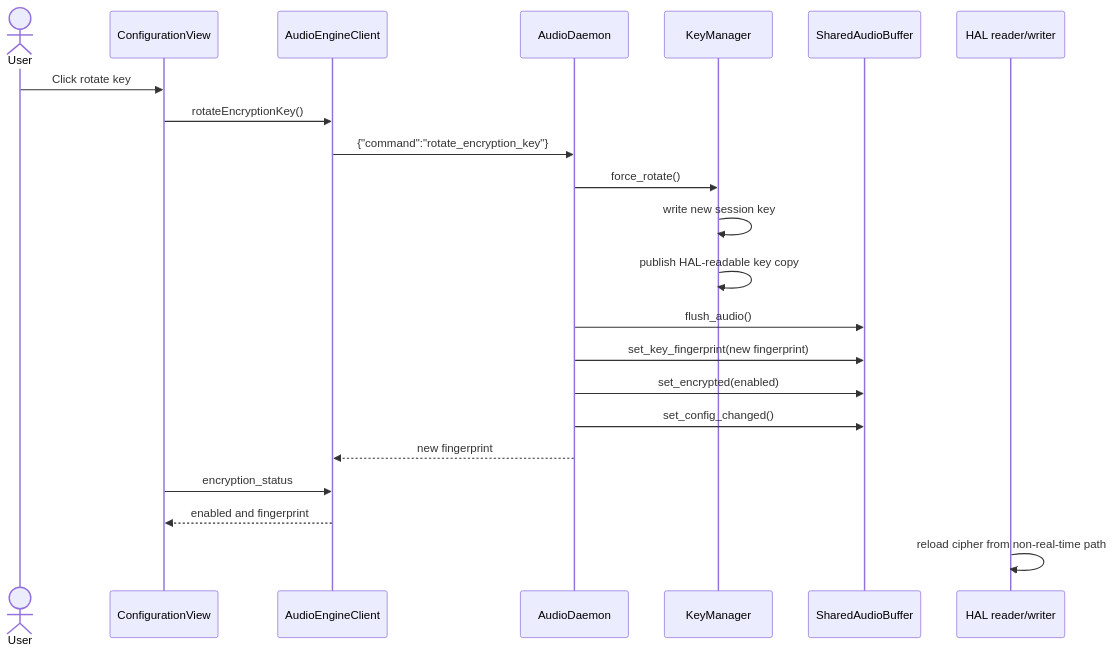
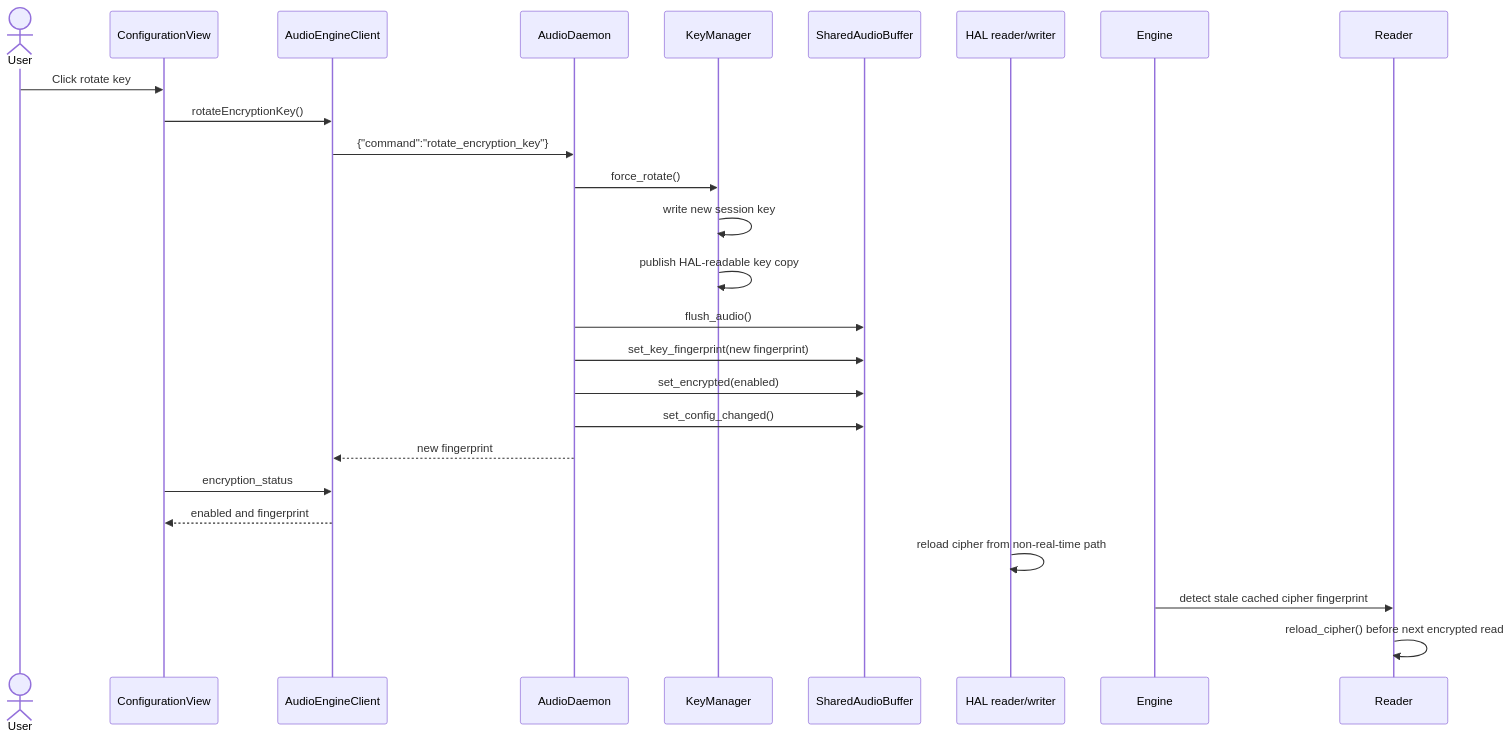
Before and after one commit to pierreaubert/sotf: the eighth of 13 diagrams in crates/systemwide/ARCHITECTURE.md, drawn with Mermaid. The commit also changed other lines of this file, not shown here.

Commit message:
Keep systemwide architecture doc current

````diff
--- a/crates/systemwide/ARCHITECTURE.md
+++ b/crates/systemwide/ARCHITECTURE.md
@@ -410,25 +440,27 @@
 ```mermaid
 sequenceDiagram
     actor User
     participant View as ConfigurationView
     participant Client as AudioEngineClient
     participant Daemon as AudioDaemon
     participant Key as KeyManager
     participant Shm as SharedAudioBuffer
     participant HAL as HAL reader/writer
 
     User->>View: Click rotate key
     View->>Client: rotateEncryptionKey()
     Client->>Daemon: {"command":"rotate_encryption_key"}
     Daemon->>Key: force_rotate()
     Key->>Key: write new session key
     Key->>Key: publish HAL-readable key copy
     Daemon->>Shm: flush_audio()
     Daemon->>Shm: set_key_fingerprint(new fingerprint)
     Daemon->>Shm: set_encrypted(enabled)
     Daemon->>Shm: set_config_changed()
     Daemon-->>Client: new fingerprint
     View->>Client: encryption_status
     Client-->>View: enabled and fingerprint
     HAL->>HAL: reload cipher from non-real-time path
+    Engine->>Reader: detect stale cached cipher fingerprint
+    Reader->>Reader: reload_cipher() before next encrypted read
 ```
````
